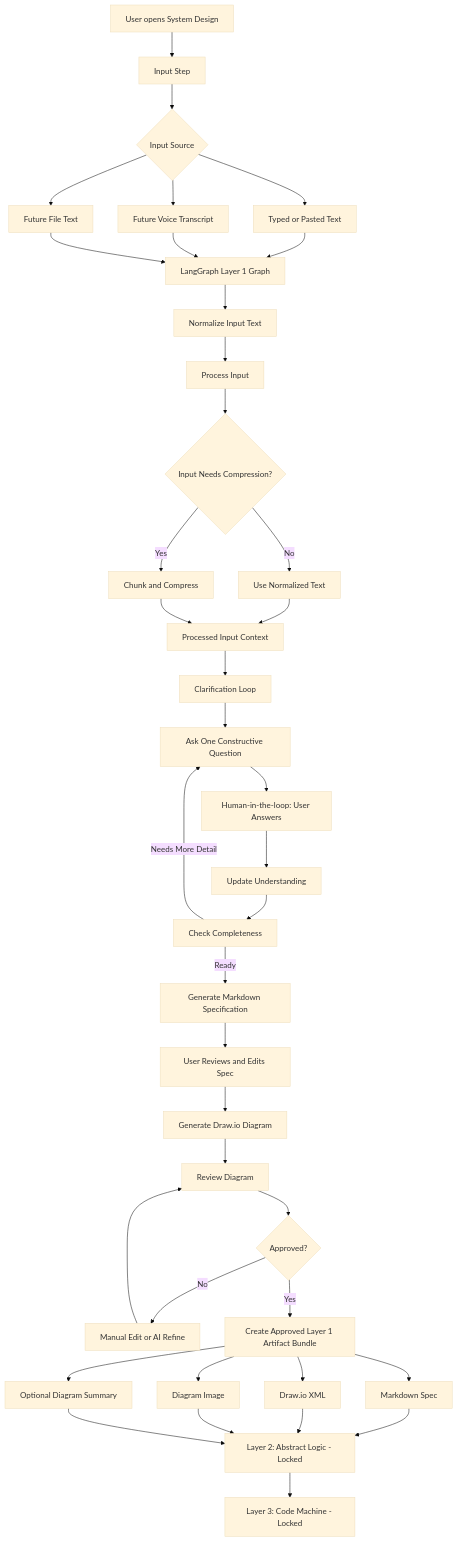
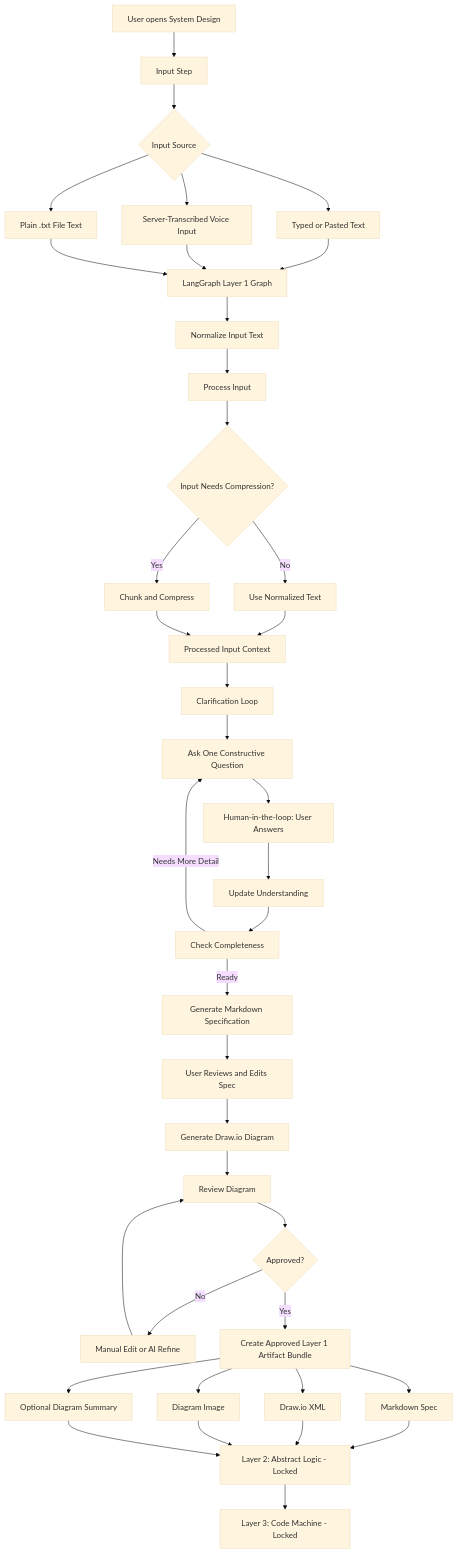
The second of 19 diagrams in Docs/system-design-detailed-plan.md (ProductMasterz/Mujarrad-Frontend), drawn with Mermaid (base theme) before and after one commit. The commit also changed other lines of this file and 18 other files, not shown here.

````diff
--- a/Docs/system-design-detailed-plan.md
+++ b/Docs/system-design-detailed-plan.md
@@ -226,51 +226,51 @@
 ```mermaid
 flowchart TD
     A[User opens System Design] --> B[Input Step]
 
     B --> C{Input Source}
     C --> C1[Typed or Pasted Text]
-    C --> C2[Future Voice Transcript]
-    C --> C3[Future File Text]
+    C --> C2[Server-Transcribed Voice Input]
+    C --> C3[Plain .txt File Text]
 
     C1 --> LG[LangGraph Layer 1 Graph]
     C2 --> LG
     C3 --> LG
 
     LG --> D[Normalize Input Text]
     D --> E[Process Input]
     E --> F{Input Needs Compression?}
     F -->|No| G[Use Normalized Text]
     F -->|Yes| H[Chunk and Compress]
     G --> I[Processed Input Context]
     H --> I
 
     I --> J[Clarification Loop]
     J --> K[Ask One Constructive Question]
     K --> L[Human-in-the-loop: User Answers]
     L --> M[Update Understanding]
     M --> N[Check Completeness]
 
     N -->|Needs More Detail| K
     N -->|Ready| O[Generate Markdown Specification]
 
     O --> P[User Reviews and Edits Spec]
     P --> Q[Generate Draw.io Diagram]
     Q --> R[Review Diagram]
 
     R --> S{Approved?}
     S -->|No| T[Manual Edit or AI Refine]
     T --> R
     S -->|Yes| U[Create Approved Layer 1 Artifact Bundle]
 
     U --> U1[Markdown Spec]
     U --> U2[Draw.io XML]
     U --> U3[Diagram Image]
     U --> U4[Optional Diagram Summary]
 
     U1 --> V[Layer 2: Abstract Logic - Locked]
     U2 --> V
     U3 --> V
     U4 --> V
 
     V --> W[Layer 3: Code Machine - Locked]
 ```
````
